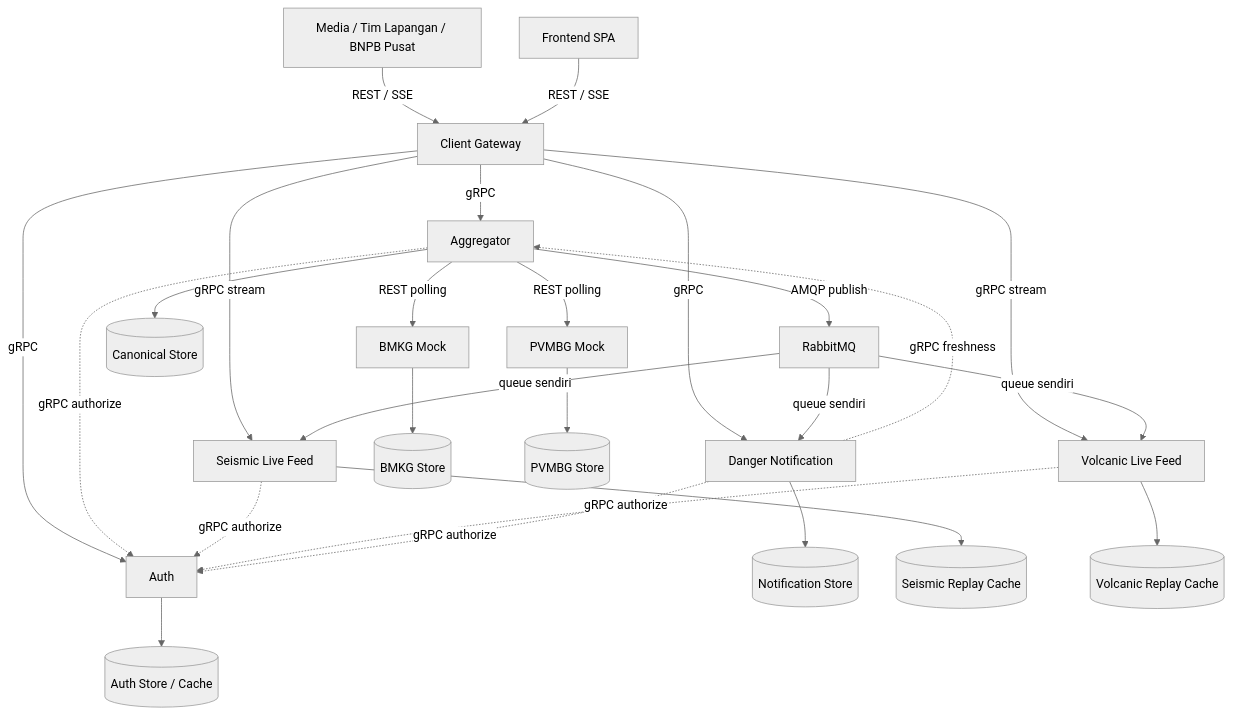
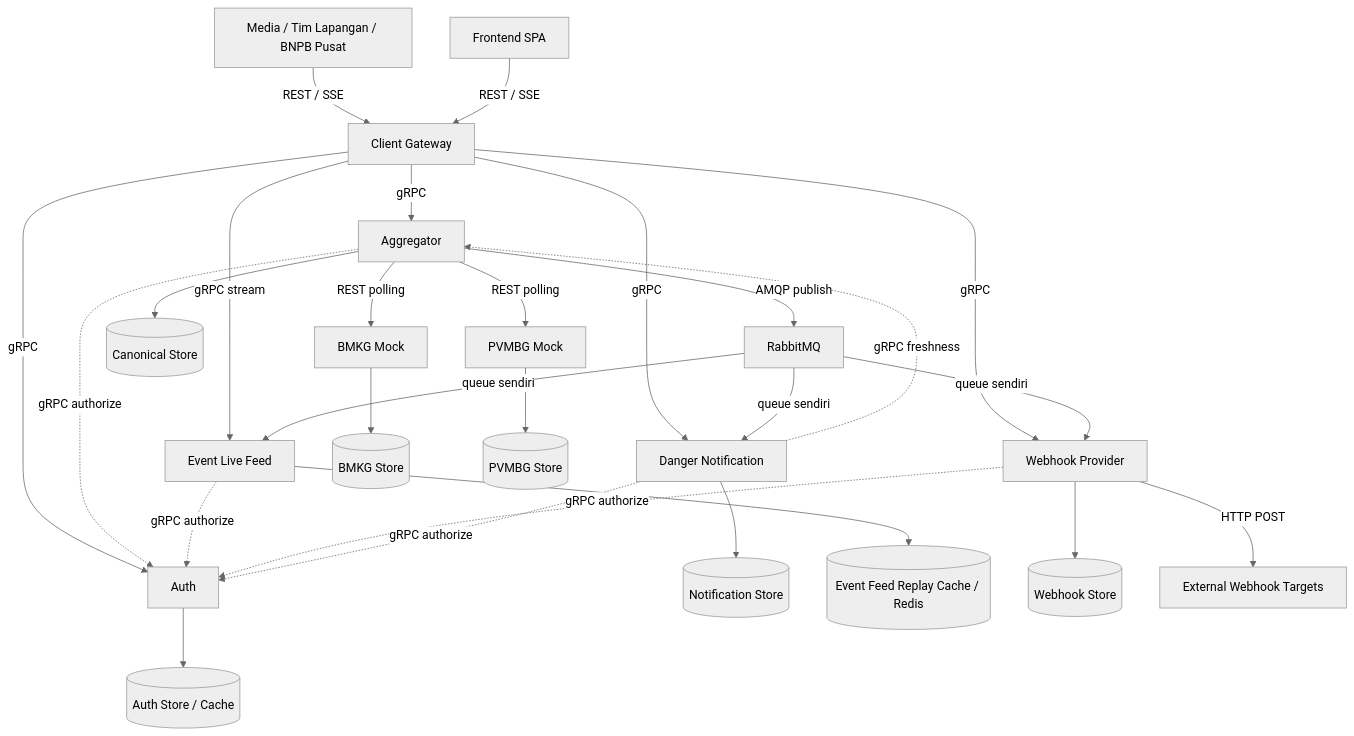
Before and after one commit to Azzkaaaa/Tugas-Besar-AAT-M1: the diagram in docs/architecture.md, drawn with Mermaid (neutral theme). The commit also changed other lines of this file and 15 other files, not shown here.

Commit message:
refactor: merge consumer 2&3, +webhook provider

````diff
--- a/docs/architecture.md
+++ b/docs/architecture.md
@@ -8,28 +8,29 @@
 ```mermaid
 flowchart TB
   clients[Media / Tim Lapangan / BNPB Pusat] -->|REST / SSE| gateway
   spa[Frontend SPA] -->|REST / SSE| gateway[Client Gateway]
   gateway -->|gRPC| aggregator[Aggregator]
   gateway -->|gRPC| auth[Auth]
-  gateway -->|gRPC stream| seismic[Seismic Live Feed]
-  gateway -->|gRPC stream| volcanic[Volcanic Live Feed]
+  gateway -->|gRPC stream| eventfeed[Event Live Feed]
+  gateway -->|gRPC| webhook[Webhook Provider]
   gateway -->|gRPC| notification[Danger Notification]
   aggregator -->|REST polling| bmkg[BMKG Mock]
   aggregator -->|REST polling| pvmbg[PVMBG Mock]
   aggregator --> canonical[(Canonical Store)]
   bmkg --> bmkgdb[(BMKG Store)]
   pvmbg --> pvmbgdb[(PVMBG Store)]
   auth --> authdb[(Auth Store / Cache)]
   notification --> notificationdb[(Notification Store)]
-  seismic --> seismiccache[(Seismic Replay Cache)]
-  volcanic --> volcaniccache[(Volcanic Replay Cache)]
+  eventfeed --> eventfeedcache[(Event Feed Replay Cache / Redis)]
+  webhook --> webhookdb[(Webhook Store)]
+  webhook -->|HTTP POST| externalwebhooks[External Webhook Targets]
   aggregator -->|AMQP publish| broker[RabbitMQ]
-  broker -->|queue sendiri| seismic
-  broker -->|queue sendiri| volcanic
+  broker -->|queue sendiri| eventfeed
+  broker -->|queue sendiri| webhook
   broker -->|queue sendiri| notification
   aggregator -.->|gRPC authorize| auth
-  seismic -.->|gRPC authorize| auth
-  volcanic -.->|gRPC authorize| auth
+  eventfeed -.->|gRPC authorize| auth
+  webhook -.->|gRPC authorize| auth
   notification -.->|gRPC authorize| auth
   notification -.->|gRPC freshness| aggregator
 ```
````
